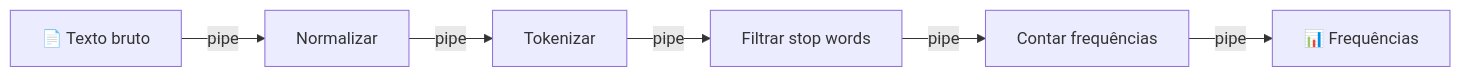
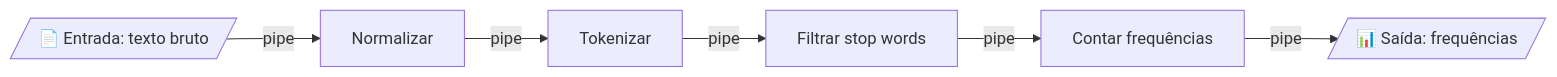
One commit to thiagoleal435/guia-arquitetura-de-software changed the third of 3 diagrams in content/03-pipe-and-filter/index.qmd. Above: the diagram before and after it, drawn with Mermaid. The commit also changed other lines of this file and 5 other files, not shown here.

````diff
--- a/content/03-pipe-and-filter/index.qmd
+++ b/content/03-pipe-and-filter/index.qmd
@@ -297,10 +297,10 @@
 ```{mermaid}
 %%| label: fig-exemplo-pipeline
 %%| fig-cap: "Pipeline de processamento de texto usando Pipe and Filter."
 flowchart LR
-    IN["📄 Texto bruto"] -->|pipe| F1["Normalizar"]
+    IN[/"📄 Entrada: texto bruto"/] -->|pipe| F1["Normalizar"]
     F1 -->|pipe| F2["Tokenizar"]
     F2 -->|pipe| F3["Filtrar stop words"]
     F3 -->|pipe| F4["Contar frequências"]
-    F4 -->|pipe| OUT["📊 Frequências"]
+    F4 -->|pipe| OUT[/"📊 Saída: frequências"/]
 ```
````
